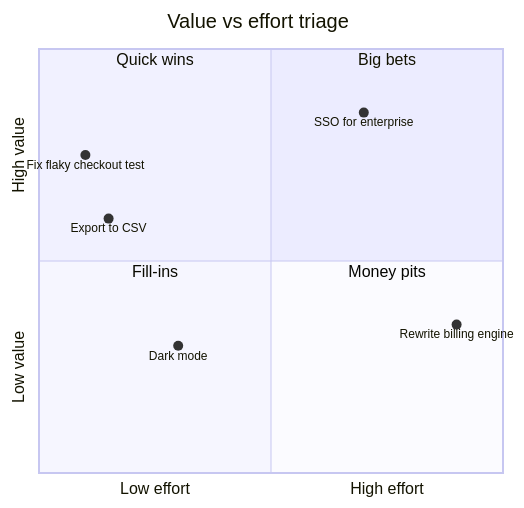
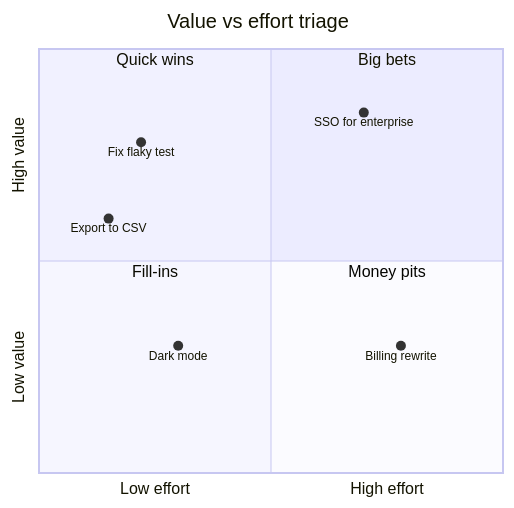
The diagram in content/product-business/prioritisation.md (budhap-dev/LevelUp), drawn with Mermaid before and after one commit. The commit also changed 31 other files, not shown here.

First line of the commit message:
Themes, motion, Mermaid rendering, logo and favicon (#2)

````diff
--- a/content/product-business/prioritisation.md
+++ b/content/product-business/prioritisation.md
@@ -80,15 +80,15 @@
 ```mermaid
 quadrantChart
   title Value vs effort triage
   x-axis Low effort --> High effort
   y-axis Low value --> High value
   quadrant-1 Big bets
   quadrant-2 Quick wins
   quadrant-3 Fill-ins
   quadrant-4 Money pits
   SSO for enterprise: [0.7, 0.85]
   Export to CSV: [0.15, 0.6]
   Dark mode: [0.3, 0.3]
-  Rewrite billing engine: [0.9, 0.35]
-  Fix flaky checkout test: [0.1, 0.75]
+  Billing rewrite: [0.78, 0.3]
+  Fix flaky test: [0.22, 0.78]
 ```
````
